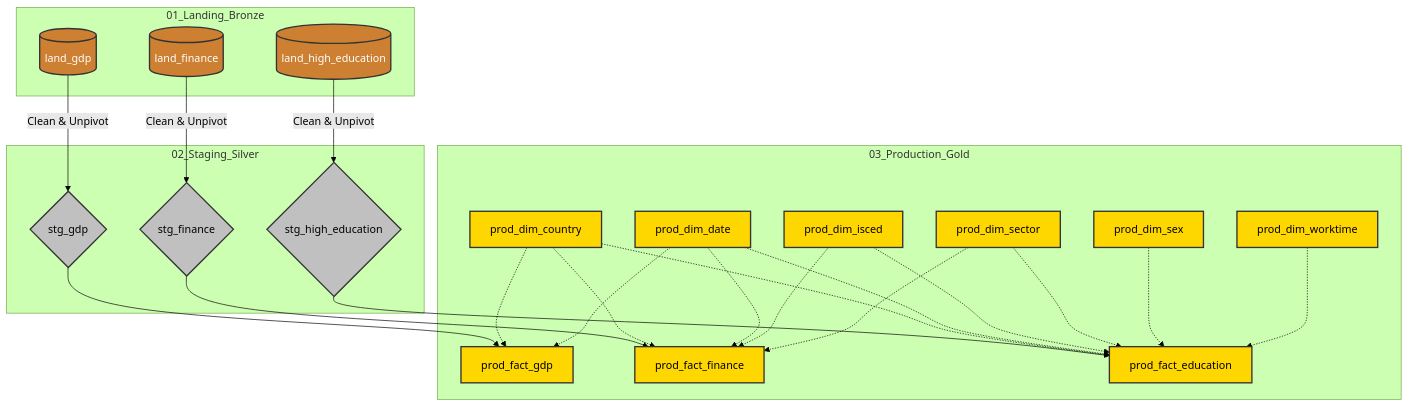
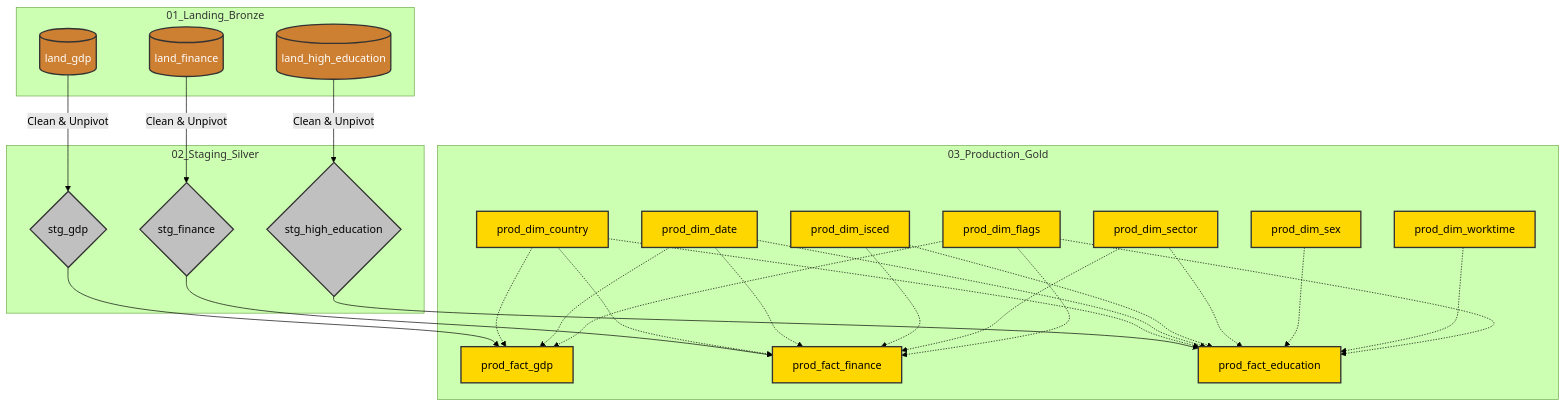
The first of 2 diagrams in README.md (imre-kuklase/eurostat-education-economic-analysis), drawn with Mermaid (forest theme) before and after one commit.

````diff
--- a/README.md
+++ b/README.md
@@ -37,54 +37,56 @@
 ```mermaid
 graph TD
     %% Defineerime stiilid
     classDef bronze fill:#cd7f32,stroke:#333,stroke-width:2px,color:#fff;
     classDef silver fill:#c0c0c0,stroke:#333,stroke-width:2px,color:#000;
     classDef gold fill:#ffd700,stroke:#333,stroke-width:2px,color:#000;
 
     subgraph 01_Landing_Bronze
         L1[(land_gdp)]
         L2[(land_finance)]
         L3[(land_high_education)]
     end
 
     subgraph 02_Staging_Silver
         S1{stg_gdp}
         S2{stg_finance}
         S3{stg_high_education}
     end
 
     subgraph 03_Production_Gold
         F1[prod_fact_gdp]
         F2[prod_fact_finance]
         F3[prod_fact_education]
         
         D1[prod_dim_country]
         D2[prod_dim_date]
         D3[prod_dim_isced]
         D4[prod_dim_sector]
         D5[prod_dim_sex]
         D6[prod_dim_worktime]
+        D7[prod_dim_flags]
     end
 
     %% Andmevoog (Lineage)
     L1 -->|Clean & Unpivot| S1
     L2 -->|Clean & Unpivot| S2
     L3 -->|Clean & Unpivot| S3
 
     S1 --> F1
     S2 --> F2
     S3 --> F3
 
     %% Seosed dimensioonidega
     D1 -.-> F1 & F2 & F3
     D2 -.-> F1 & F2 & F3
     D3 -.-> F2 & F3
     D4 -.-> F2 & F3
     D5 -.-> F3
     D6 -.-> F3
+    D7 -.-> F1 & F2 & F3
 
     %% Klasside määramine stiili jaoks
     class L1,L2,L3 bronze;
     class S1,S2,S3 silver;
-    class F1,F2,F3,D1,D2,D3,D4,D5,D6 gold;
+    class F1,F2,F3,D1,D2,D3,D4,D5,D6,D7 gold;
 ```
````
